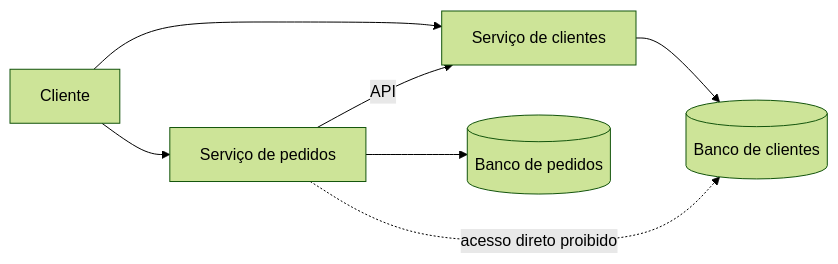
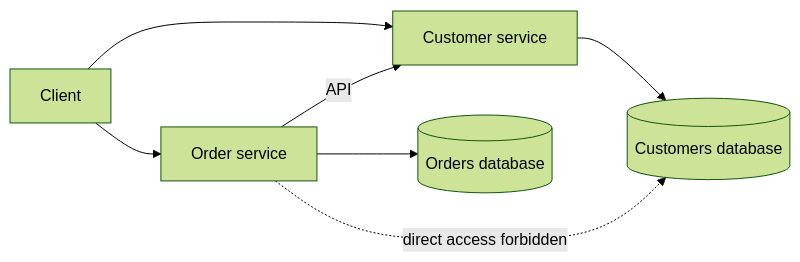
Before and after one commit to alancesar/design-patterns: the diagram in docs/architecture/microservices/service-collaboration/database-per-service.md, drawn with Mermaid (forest theme). The commit also changed 258 other files, not shown here.

First line of the commit message:
Translate Mermaid diagrams to English

````diff
--- a/docs/architecture/microservices/service-collaboration/database-per-service.md
+++ b/docs/architecture/microservices/service-collaboration/database-per-service.md
@@ -57,9 +57,9 @@
 ```mermaid
 flowchart LR
-    C["Cliente"] --> OS["Serviço de pedidos"]
-    C --> CS["Serviço de clientes"]
-    OS --> ODB[("Banco de pedidos")]
-    CS --> CDB[("Banco de clientes")]
+    C["Client"] --> OS["Order service"]
+    C --> CS["Customer service"]
+    OS --> ODB[("Orders database")]
+    CS --> CDB[("Customers database")]
     OS -->|"API"| CS
-    OS -.->|"acesso direto proibido"| CDB
+    OS -.->|"direct access forbidden"| CDB
 ```
````
